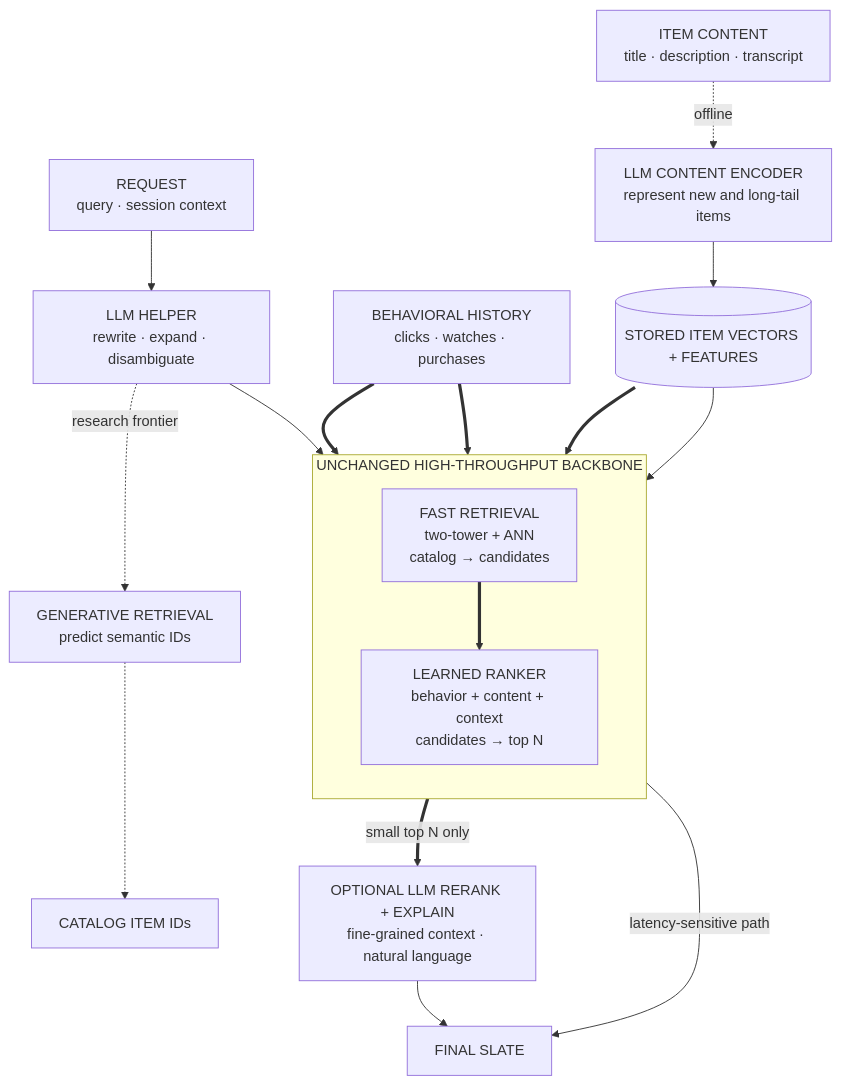
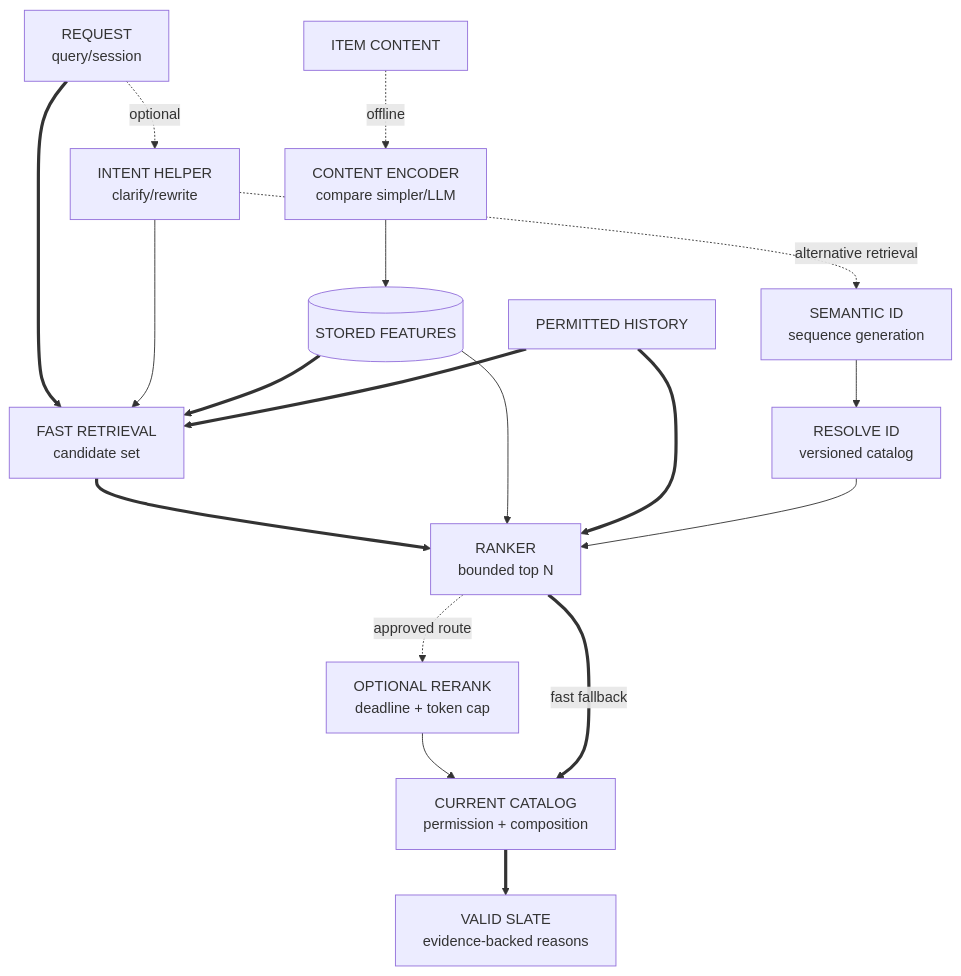
The diagram in src/content/posts/2025-12-12-recsys-llm-era.md (mlmentorship/mlmentorship.github.io), drawn with Mermaid before and after one commit. The commit also changed other lines of this file and 258 other files, not shown here.

````diff
--- a/src/content/posts/2025-12-12-recsys-llm-era.md
+++ b/src/content/posts/2025-12-12-recsys-llm-era.md
@@ -31,35 +27,27 @@
 ```mermaid
 flowchart TB
-  accTitle: LLMs augment bounded stages around a recommender backbone
-  accDescr: A production request can pass through an LLM intent helper before fast retrieval. Item text can separately pass through an offline LLM content encoder into stored item vectors and features. Fast two-tower and approximate-nearest-neighbor retrieval narrows the catalog, then a learned ranker combines behavioral and content evidence. Only the small top-N result may go through an optional LLM reranker and explanation step before the final slate; the learned ranker can also serve the slate directly when latency requires it. A separate dashed research branch maps intent to semantic item identifiers through generative retrieval and is not part of the default production path.
-
-  Request["REQUEST<br/>query · session context"] --> Intent["LLM HELPER<br/>rewrite · expand · disambiguate"]
-  Behavior["BEHAVIORAL HISTORY<br/>clicks · watches · purchases"] ==> Retrieve
-  Content["ITEM CONTENT<br/>title · description · transcript"] -.->|"offline"| Encode["LLM CONTENT ENCODER<br/>represent new and long-tail items"]
-  Encode --> Catalog[("STORED ITEM VECTORS + FEATURES")]
-
-  subgraph Core["UNCHANGED HIGH-THROUGHPUT BACKBONE"]
-	direction TB
-    Retrieve["FAST RETRIEVAL<br/>two-tower + ANN<br/>catalog → candidates"]
-    Rank["LEARNED RANKER<br/>behavior + content + context<br/>candidates → top N"]
-    Retrieve ==> Rank
-  end
-
+  accTitle: Optional LLM paths require budgets and live catalog validation
+  accDescr: Requests can use fast retrieval directly or an optional intent helper. Item content can be encoded offline by a chosen simpler or language model. Retrieval and ranking use stored representations and permitted behavioral evidence. A bounded optional reranker has a deadline and fast fallback. An alternative semantic-ID generator must resolve IDs into catalog candidates before ranking. All outputs pass current catalog, permission and composition checks. This is an illustrative design, not a prevalence claim.
+  Request["REQUEST<br/>query/session"] ==> Retrieve["FAST RETRIEVAL<br/>candidate set"]
+  Request -.->|"optional"| Intent["INTENT HELPER<br/>clarify/rewrite"]
   Intent --> Retrieve
+  Content["ITEM CONTENT"] -.->|"offline"| Encode["CONTENT ENCODER<br/>compare simpler/LLM"]
+  Encode --> Catalog[("STORED FEATURES")]
   Catalog ==> Retrieve
+  Retrieve ==> Rank["RANKER<br/>bounded top N"]
   Catalog --> Rank
+  Behavior["PERMITTED HISTORY"] ==> Retrieve
   Behavior ==> Rank
-  Rank ==>|"small top N only"| Rerank["OPTIONAL LLM RERANK + EXPLAIN<br/>fine-grained context · natural language"]
-  Rerank --> Slate["FINAL SLATE"]
-  Rank -->|"latency-sensitive path"| Slate
-
-  Intent -.->|"research frontier"| Generate["GENERATIVE RETRIEVAL<br/>predict semantic IDs"]
-  Generate -.-> IDs["CATALOG ITEM IDs"]
-
+  Rank -.->|"approved route"| Rerank["OPTIONAL RERANK<br/>deadline + token cap"]
+  Rerank --> Validate["CURRENT CATALOG<br/>permission + composition"]
+  Rank ==>|"fast fallback"| Validate
+  Validate ==> Slate["VALID SLATE<br/>evidence-backed reasons"]
+  Intent -.->|"alternative retrieval"| Generate["SEMANTIC ID<br/>sequence generation"]
+  Generate --> Resolve["RESOLVE ID<br/>versioned catalog"]
+  Resolve --> Rank
   class Request,Behavior,Content viz-input
   class Intent,Encode,Rerank viz-focus
-  class Catalog viz-state
+  class Catalog,Resolve viz-state
+  class Validate viz-warning
   class Slate viz-output
-  class Generate,IDs viz-state
-  class Retrieve viz-wide
 ```
````
